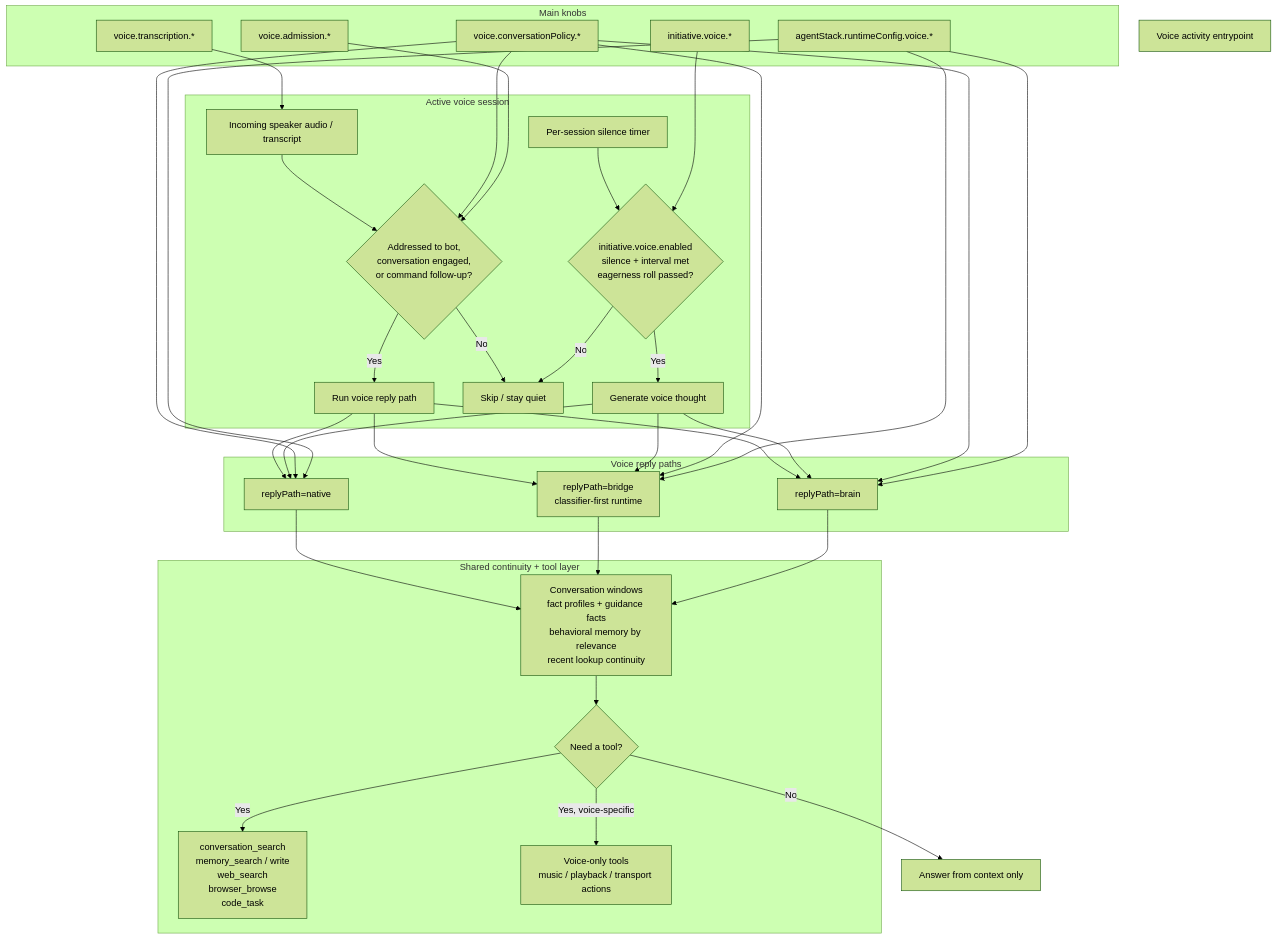
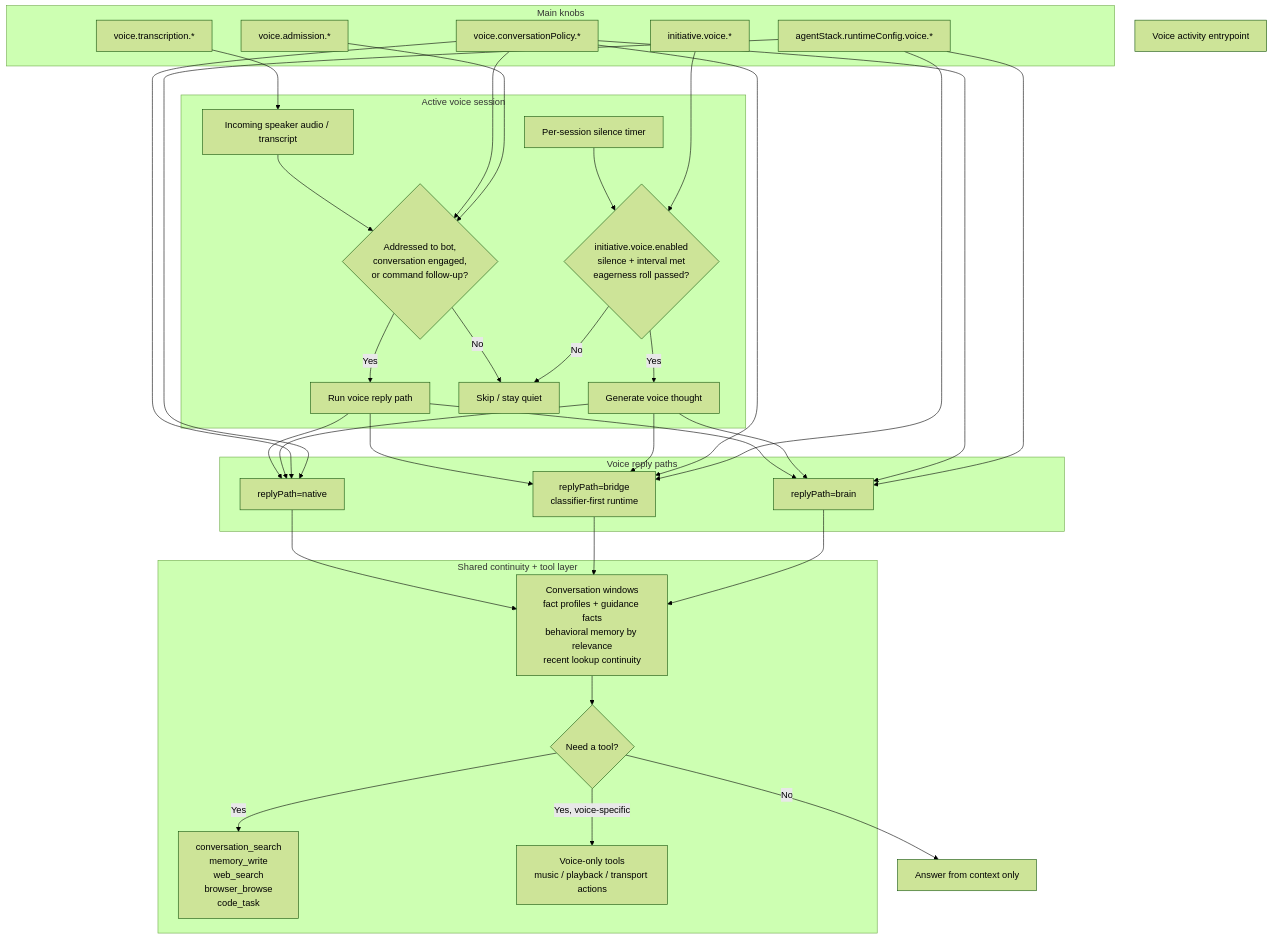
One commit to Volpestyle/clanker_conk changed the diagram in docs/diagrams/clanker-voice-and-tools.mmd. Above: the diagram before and after it, drawn with Mermaid (forest theme). The commit also changed 9 other files, not shown here.

```diff
--- a/docs/diagrams/clanker-voice-and-tools.mmd
+++ b/docs/diagrams/clanker-voice-and-tools.mmd
@@ -1,68 +1,68 @@
 flowchart TD
     Start["Voice activity entrypoint"]
 
     subgraph Session["Active voice session"]
         Audio["Incoming speaker audio / transcript"]
         TurnDecision{"Addressed to bot,\nconversation engaged,\nor command follow-up?"}
         VoiceReply["Run voice reply path"]
         Skip["Skip / stay quiet"]
         ThoughtTimer["Per-session silence timer"]
         ThoughtEligible{"initiative.voice.enabled\nsilence + interval met\neagerness roll passed?"}
         VoiceThought["Generate voice thought"]
     end
 
     subgraph Modes["Voice reply paths"]
         Native["replyPath=native"]
         Bridge["replyPath=bridge\nclassifier-first runtime"]
         Brain["replyPath=brain"]
     end
 
     subgraph SharedBrain["Shared continuity + tool layer"]
         Continuity["Conversation windows\nfact profiles + guidance facts\nbehavioral memory by relevance\nrecent lookup continuity"]
         ToolChoice{"Need a tool?"}
-        SharedTools["conversation_search\nmemory_search / write\nweb_search\nbrowser_browse\ncode_task"]
+        SharedTools["conversation_search\nmemory_write\nweb_search\nbrowser_browse\ncode_task"]
         VoiceOnly["Voice-only tools\nmusic / playback / transport actions"]
     end
 
     subgraph Controls["Main knobs"]
         Conversation["voice.conversationPolicy.*"]
         Admission["voice.admission.*"]
         Transcription["voice.transcription.*"]
         Runtime["agentStack.runtimeConfig.voice.*"]
         ThoughtKnobs["initiative.voice.*"]
     end
 
     Audio --> TurnDecision
     TurnDecision -->|No| Skip
     TurnDecision -->|Yes| VoiceReply
 
     ThoughtTimer --> ThoughtEligible
     ThoughtEligible -->|No| Skip
     ThoughtEligible -->|Yes| VoiceThought
 
     VoiceReply --> Native
     VoiceReply --> Bridge
     VoiceReply --> Brain
     VoiceThought --> Native
     VoiceThought --> Bridge
     VoiceThought --> Brain
 
     Native --> Continuity
     Bridge --> Continuity
     Brain --> Continuity
 
     Continuity --> ToolChoice
     ToolChoice -->|No| Output["Answer from context only"]
     ToolChoice -->|Yes| SharedTools
     ToolChoice -->|Yes, voice-specific| VoiceOnly
 
     Conversation --> TurnDecision
     Conversation --> Native
     Conversation --> Bridge
     Conversation --> Brain
     Admission --> TurnDecision
     Transcription --> Audio
     Runtime --> Native
     Runtime --> Bridge
     Runtime --> Brain
     ThoughtKnobs --> ThoughtEligible
```
